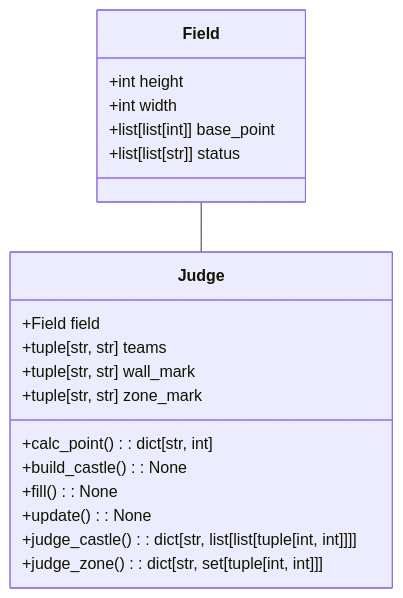
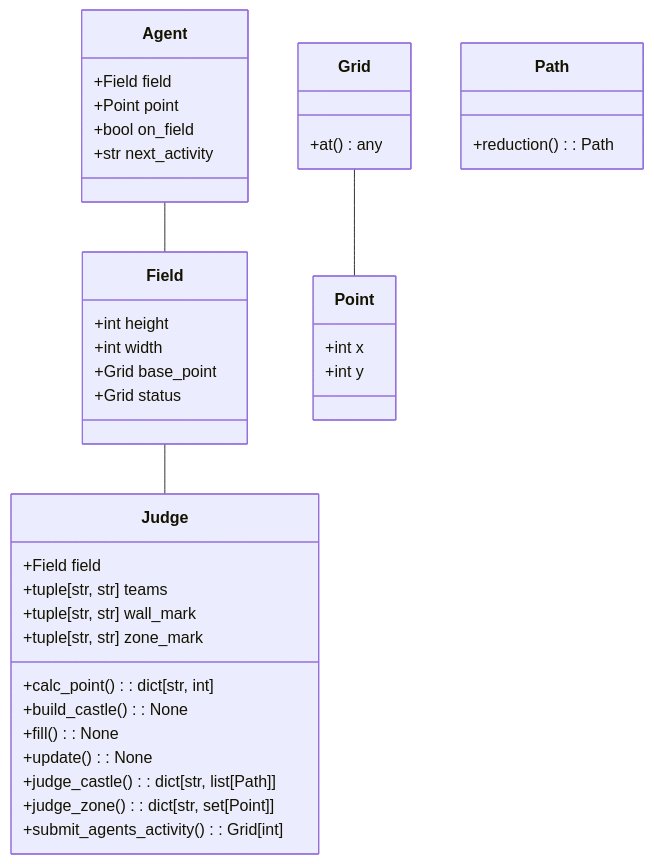
One commit to nanigasi-san/procon-31-judge-server changed the diagram in docs/judge/class.mermaid. Above: the diagram before and after it, drawn with Mermaid. The commit also changed 4 other files, not shown here.

```diff
--- a/docs/judge/class.mermaid
+++ b/docs/judge/class.mermaid
@@ -1,20 +1,44 @@
 classDiagram
     Field -- Judge
+    Agent -- Field
+    Grid -- Point
+    class Grid {
+        +at() any
+    }
+
     class Field {
         +int height
         +int width
-        +list[list[int]] base_point
-        +list[list[str]] status
+        +Grid base_point
+        +Grid status
     }
+
     class Judge {
         +Field field
         +tuple[str, str] teams
         +tuple[str, str] wall_mark
         +tuple[str, str] zone_mark
         +calc_point(): dict[str, int]
         +build_castle(): None
         +fill(): None
         +update(): None
-        +judge_castle(): dict[str, list[list[tuple[int, int]]]]
-        +judge_zone(): dict[str, set[tuple[int, int]]]
+        +judge_castle(): dict[str, list[Path]]
+        +judge_zone(): dict[str, set[Point]]
+        +submit_agents_activity(): Grid[int]
     }
+
+    class Agent {
+        +Field field
+        +Point point
+        +bool on_field
+        +str next_activity
+    }
+
+    class Point {
+        +int x
+        +int y
+    }
+
+    class Path {
+        +reduction(): Path
+    }
```
